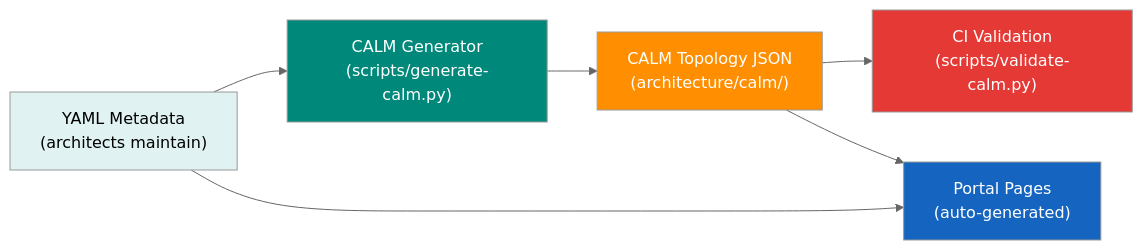
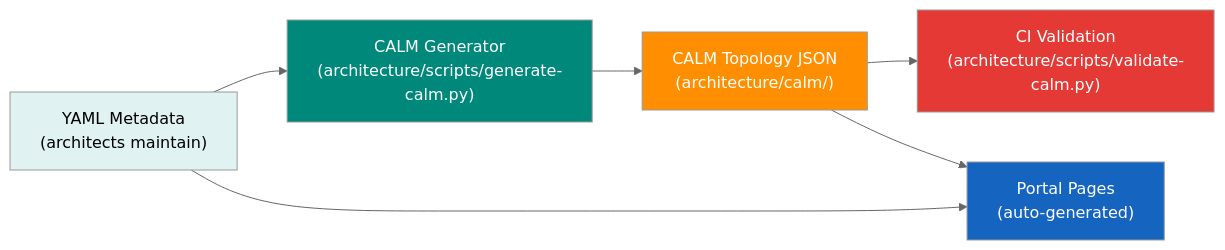
Before and after one commit to christopherblaisdell/continuous-architecture-platform-poc: the diagram in presentation/docs/calm-topology.md, drawn with Mermaid (neutral theme). The commit also changed other lines of this file and 35 other files, not shown here.

Commit message:
chore: reorganize root folder - move roadmap/, CLOSING-THE-LOOP.md, scripts/ to logical locations

````diff
--- a/presentation/docs/calm-topology.md
+++ b/presentation/docs/calm-topology.md
@@ -64,14 +64,14 @@
 ``` mermaid
 flowchart LR
-    A["YAML Metadata<br/>(architects maintain)"] --> B["CALM Generator<br/>(scripts/generate-calm.py)"]
+    A["YAML Metadata<br/>(architects maintain)"] --> B["CALM Generator<br/>(architecture/scripts/generate-calm.py)"]
     B --> C["CALM Topology JSON<br/>(architecture/calm/)"]
-    C --> D["CI Validation<br/>(scripts/validate-calm.py)"]
+    C --> D["CI Validation<br/>(architecture/scripts/validate-calm.py)"]
     C --> E["Portal Pages<br/>(auto-generated)"]
     A --> E
 
     style A fill:#e0f2f1
     style B fill:#00897b,color:#fff
     style C fill:#ff8f00,color:#fff
     style D fill:#e53935,color:#fff
     style E fill:#1565c0,color:#fff
 ```
````
